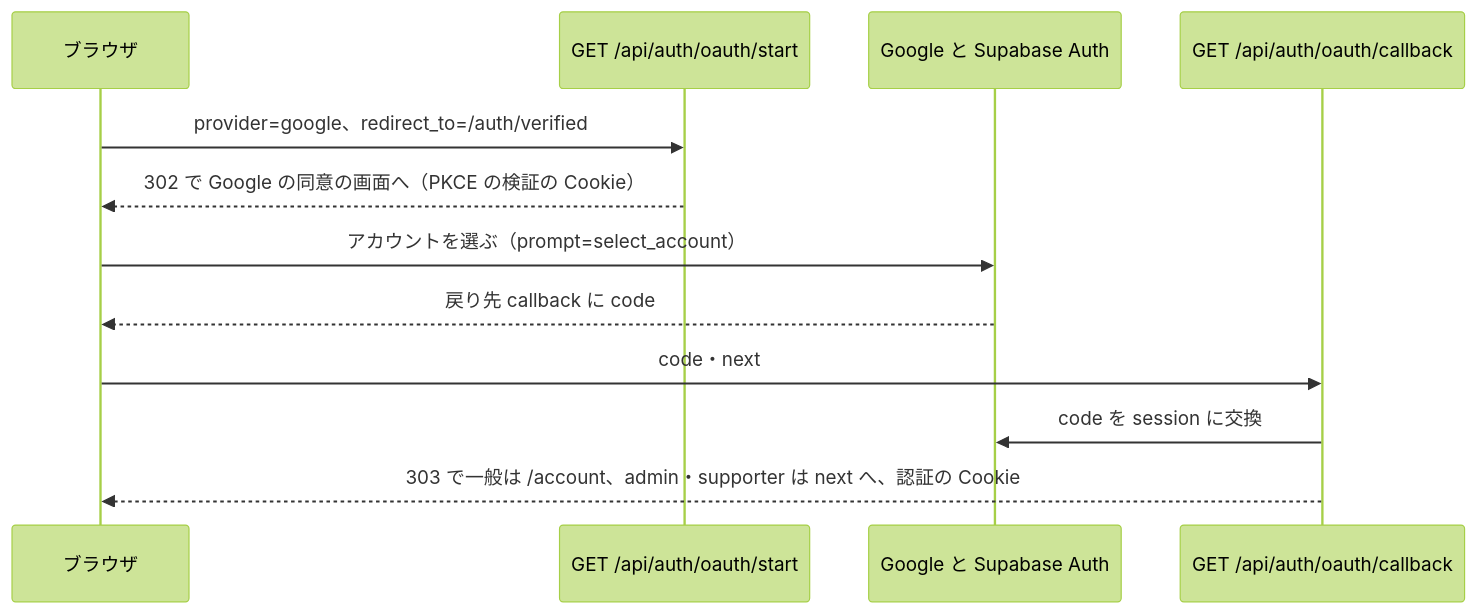
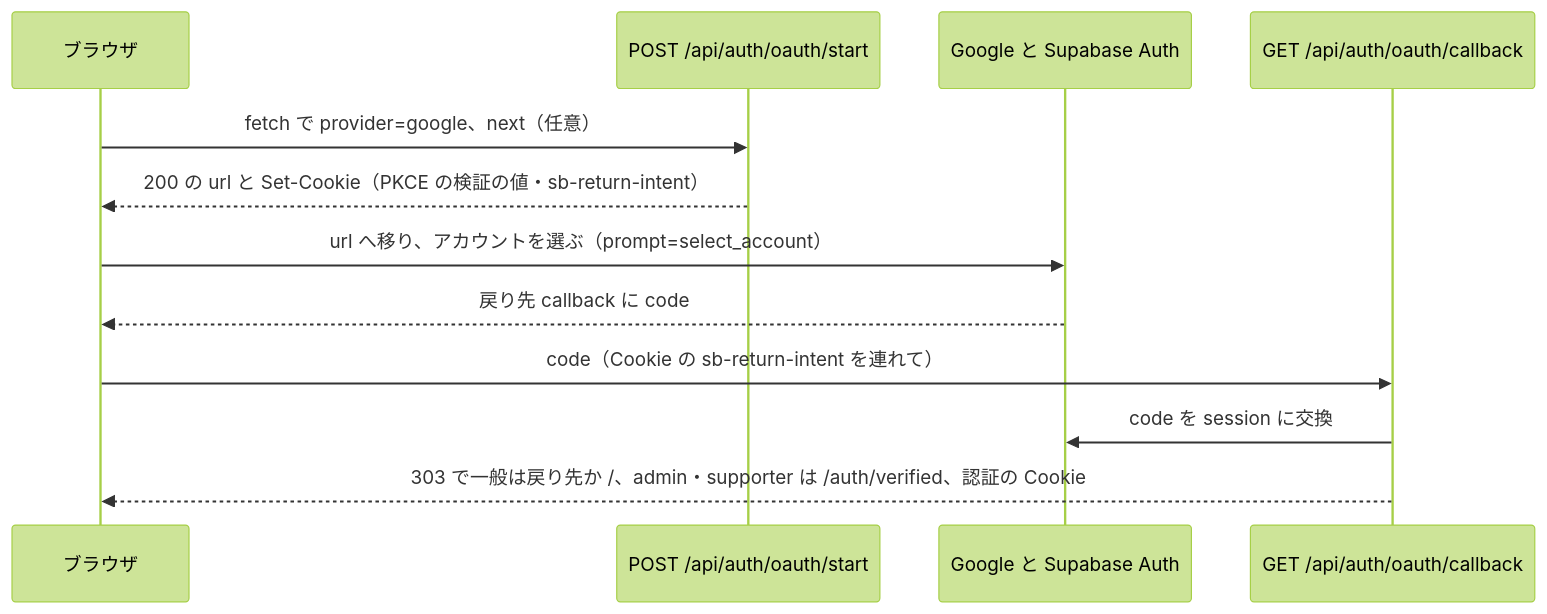
Before and after one commit to ChocoWork/o_official: the ninth of 17 diagrams in docs/03_BasicDesign/areas/auth.md, drawn with Mermaid (forest theme). The commit also changed other lines of this file and 112 other files, not shown here.

````diff
--- a/docs/03_BasicDesign/areas/auth.md
+++ b/docs/03_BasicDesign/areas/auth.md
@@ -508,14 +541,14 @@
 ```mermaid
 sequenceDiagram
   participant B as ブラウザ
-  participant S as GET /api/auth/oauth/start
+  participant S as POST /api/auth/oauth/start
   participant G as Google と Supabase Auth
   participant C as GET /api/auth/oauth/callback
-  B->>S: provider=google、redirect_to=/auth/verified
-  S-->>B: 302 で Google の同意の画面へ（PKCE の検証の Cookie）
-  B->>G: アカウントを選ぶ（prompt=select_account）
+  B->>S: fetch で provider=google、next（任意）
+  S-->>B: 200 の url と Set-Cookie（PKCE の検証の値・sb-return-intent）
+  B->>G: url へ移り、アカウントを選ぶ（prompt=select_account）
   G-->>B: 戻り先 callback に code
-  B->>C: code・next
+  B->>C: code（Cookie の sb-return-intent を連れて）
   C->>G: code を session に交換
-  C-->>B: 303 で一般は /account、admin・supporter は next へ、認証の Cookie
+  C-->>B: 303 で一般は戻り先か /、admin・supporter は /auth/verified、認証の Cookie
 ```
````
